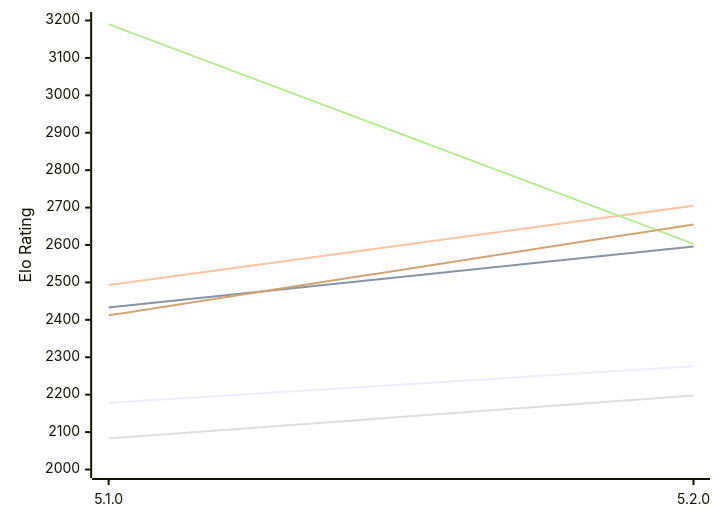
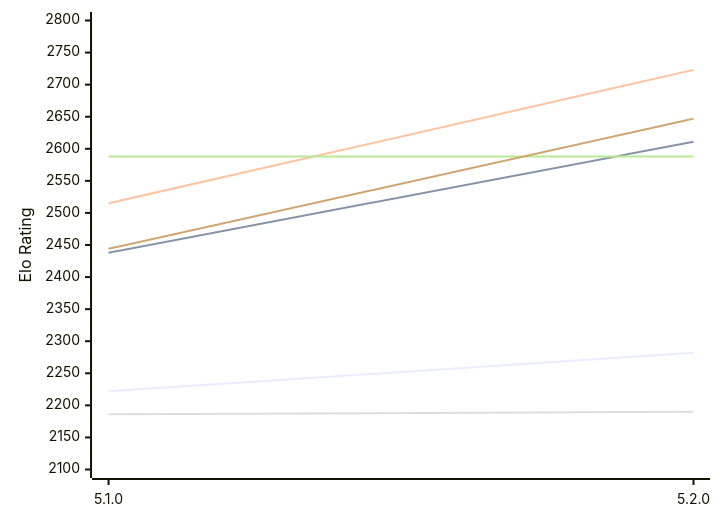
Before and after one commit to computer-chess-index/cci: the first of 2 diagrams in engines/Aconcagua.md, drawn with Mermaid. The commit also changed other lines of this file, not shown here.

Commit message:
Update CCI Ratings (ELO VLTC) - 2026-11-14

````diff
--- a/engines/Aconcagua.md
+++ b/engines/Aconcagua.md
@@ -53,12 +53,12 @@
 ```mermaid
 %%{init: {"theme":"base","themeVariables":{"seriesColors:['#a3a3a3','#222221','#faa371']}}}%%
 xychart-beta
   x-axis ["5.1.0", "5.2.0"]
-  y-axis "Elo Rating" 2000 --> 3200
-  line "E1: STC (8.0+0.08s)" [2178, 2276]
-  line "E1: LTC (60.0+0.60s)" [2433, 2596]
-  line "E1: VLTC (2m24s+1.12s)" [2493, 2705]
-  line "P1: STC (8.0+0.08s)" [2083, 2198]
-  line "P1: LTC (60.0+0.60s)" [3190, 2603]
-  line "P1: VLTC (2m24s+1.12s)" [2412, 2655]
+  y-axis "Elo Rating" 2100 --> 2800
+  line "E1: STC (8.0+0.08s)" [2222, 2282]
+  line "E1: LTC (60.0+0.60s)" [2438, 2611]
+  line "E1: VLTC (2m24s+1.12s)" [2515, 2723]
+  line "P1: STC (8.0+0.08s)" [2186, 2190]
+  line "P1: LTC (60.0+0.60s)" [2588, 2588]
+  line "P1: VLTC (2m24s+1.12s)" [2444, 2647]
 ```
````
